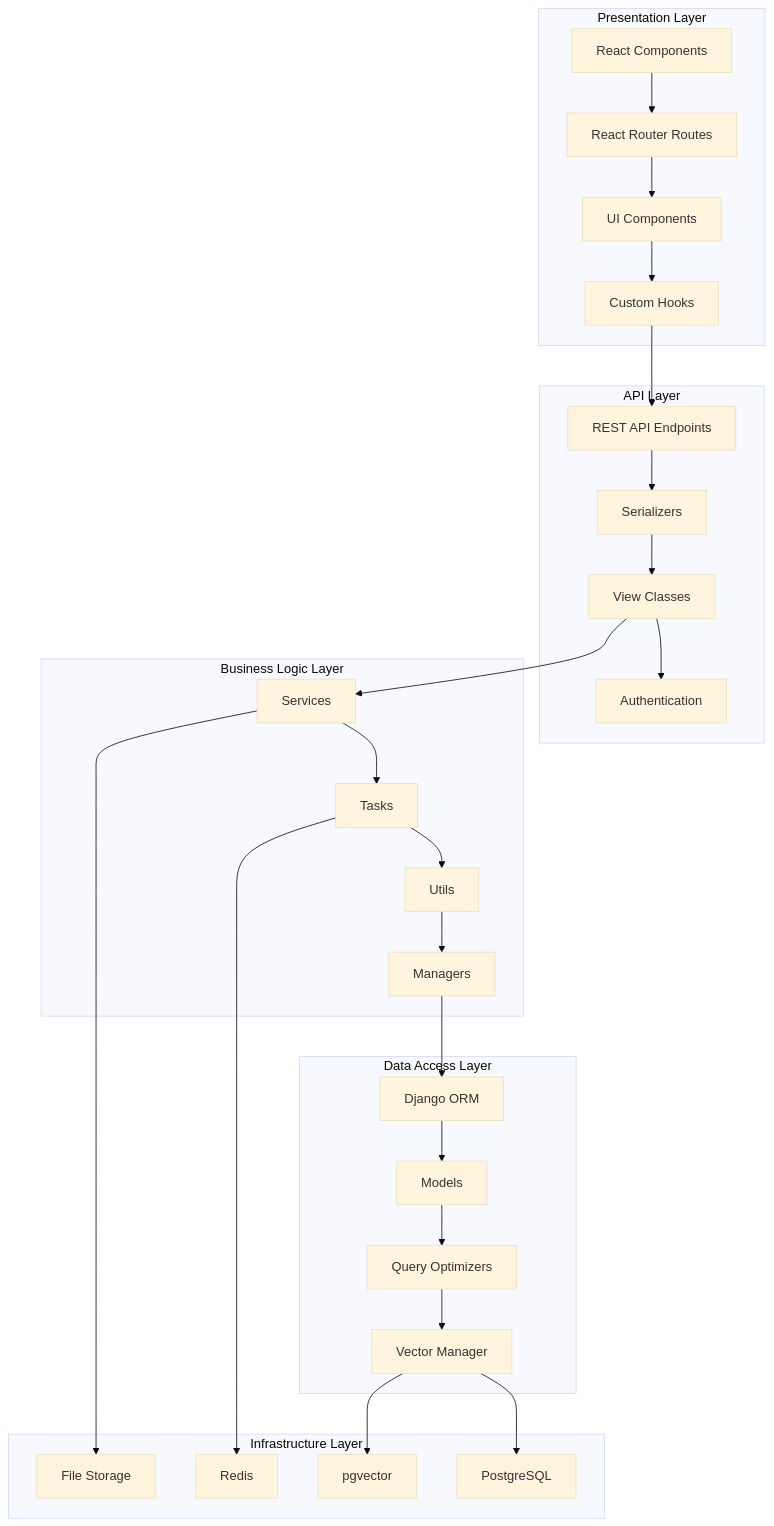
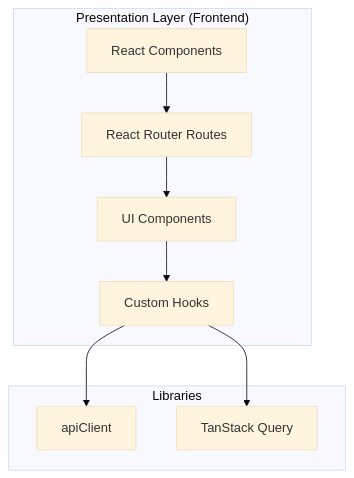
The second of 8 diagrams in docs/architecture/system-configuration-diagram.md (yukiharada1228/videoq), drawn with Mermaid (base theme) before and after one commit. The commit also changed other lines of this file and 19 other files, not shown here.

First line of the commit message:
docs: update architecture diagrams and refine video/chat DTO boundaries

````diff
--- a/docs/architecture/system-configuration-diagram.md
+++ b/docs/architecture/system-configuration-diagram.md
@@ -112,57 +114,20 @@
 ```mermaid
 graph TB
-    subgraph Presentation["Presentation Layer"]
+    subgraph Presentation["Presentation Layer (Frontend)"]
         P1[React Components]
         P2[React Router Routes]
         P3[UI Components]
         P4[Custom Hooks]
     end
-    
-    subgraph API["API Layer"]
-        A1[REST API Endpoints]
-        A2[Serializers]
-        A3[View Classes]
-        A4[Authentication]
+
+    subgraph Lib["Libraries"]
+        L1[apiClient]
+        L2[TanStack Query]
     end
-    
-    subgraph Business["Business Logic Layer"]
-        B1[Services]
-        B2[Tasks]
-        B3[Utils]
-        B4[Managers]
-    end
-    
-    subgraph DataAccess["Data Access Layer"]
-        D1[Django ORM]
-        D2[Models]
-        D3[Query Optimizers]
-        D4[Vector Manager]
-    end
-    
-    subgraph Infrastructure["Infrastructure Layer"]
-        I1[PostgreSQL]
-        I2[Redis]
-        I3[File Storage]
-        I4[pgvector]
-    end
-    
+
     P1 --> P2
     P2 --> P3
     P3 --> P4
-    P4 --> A1
-    A1 --> A2
-    A2 --> A3
-    A3 --> A4
-    A3 --> B1
-    B1 --> B2
-    B2 --> B3
-    B3 --> B4
-    B4 --> D1
-    D1 --> D2
-    D2 --> D3
-    D3 --> D4
-    D4 --> I1
-    D4 --> I4
-    B2 --> I2
-    B1 --> I3
+    P4 --> L1
+    P4 --> L2
 ```
````
